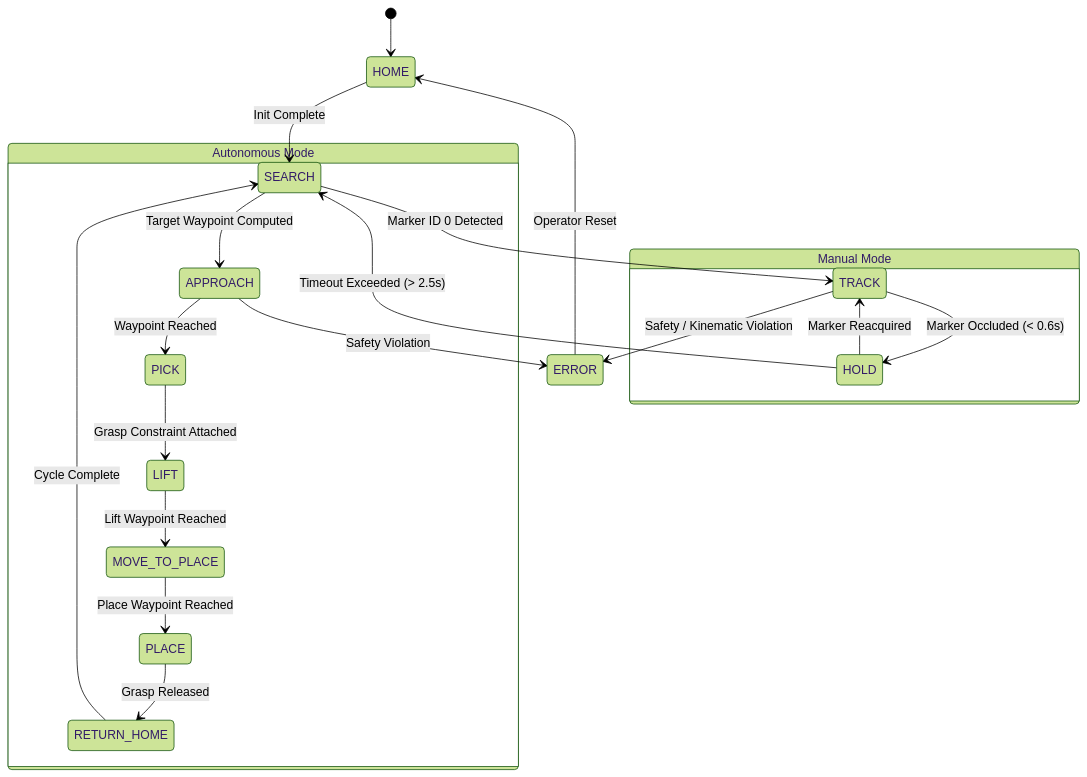
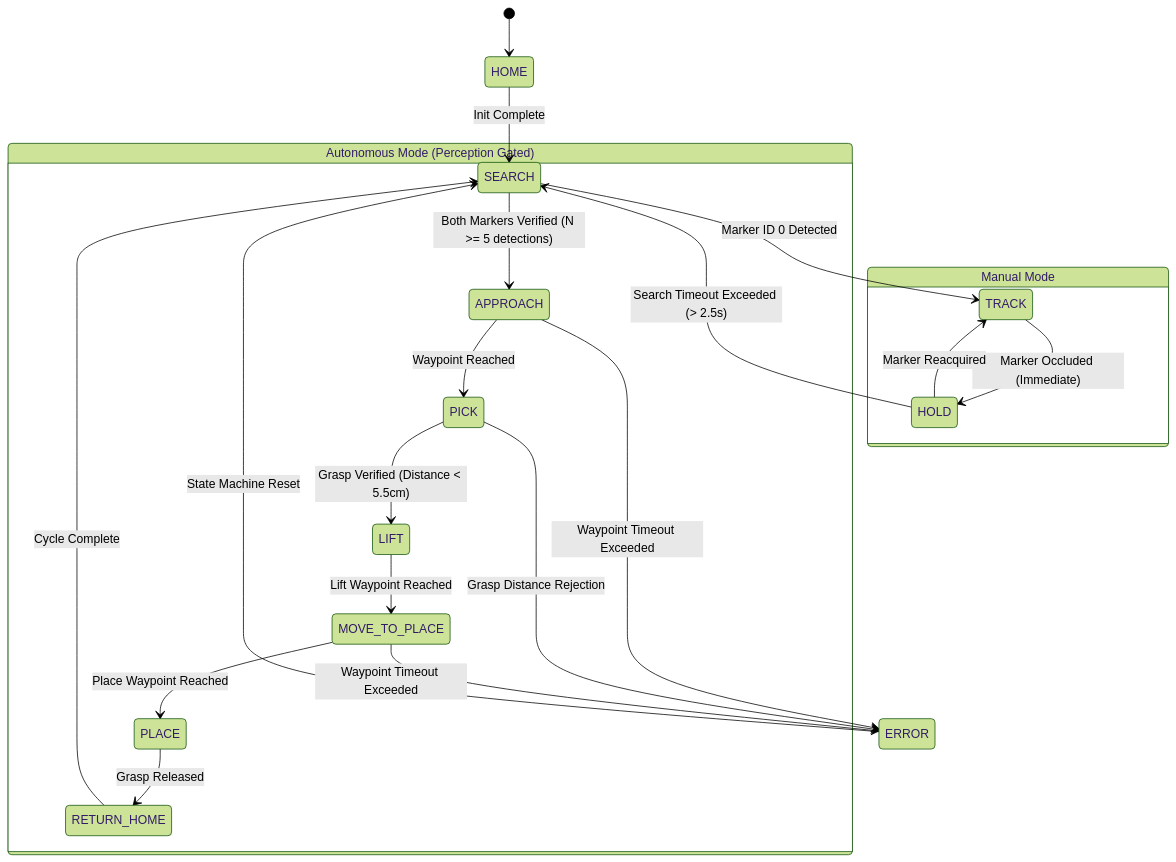
Before and after one commit to Tanishk756/VisionRobotTwin: the second of 2 diagrams in ARCHITECTURE.md, drawn with Mermaid (forest theme). The commit also changed other lines of this file and 37 other files, not shown here.

````diff
--- a/ARCHITECTURE.md
+++ b/ARCHITECTURE.md
@@ -116,26 +110,27 @@
 ```mermaid
 stateDiagram-v2
     [*] --> HOME
     HOME --> SEARCH: Init Complete
     
     state "Manual Mode" as ManualGroup {
         SEARCH --> TRACK: Marker ID 0 Detected
-        TRACK --> HOLD: Marker Occluded (< 0.6s)
+        TRACK --> HOLD: Marker Occluded (Immediate)
         HOLD --> TRACK: Marker Reacquired
-        HOLD --> SEARCH: Timeout Exceeded (> 2.5s)
+        HOLD --> SEARCH: Search Timeout Exceeded (> 2.5s)
     }
 
-    state "Autonomous Mode" as AutoGroup {
-        SEARCH --> APPROACH: Target Waypoint Computed
+    state "Autonomous Mode (Perception Gated)" as AutoGroup {
+        SEARCH --> APPROACH: Both Markers Verified (N >= 5 detections)
         APPROACH --> PICK: Waypoint Reached
-        PICK --> LIFT: Grasp Constraint Attached
+        PICK --> LIFT: Grasp Verified (Distance < 5.5cm)
         LIFT --> MOVE_TO_PLACE: Lift Waypoint Reached
         MOVE_TO_PLACE --> PLACE: Place Waypoint Reached
         PLACE --> RETURN_HOME: Grasp Released
         RETURN_HOME --> SEARCH: Cycle Complete
     }
 
-    TRACK --> ERROR: Safety / Kinematic Violation
-    APPROACH --> ERROR: Safety Violation
-    ERROR --> HOME: Operator Reset
+    APPROACH --> ERROR: Waypoint Timeout Exceeded
+    PICK --> ERROR: Grasp Distance Rejection
+    MOVE_TO_PLACE --> ERROR: Waypoint Timeout Exceeded
+    ERROR --> SEARCH: State Machine Reset
 ```
````
